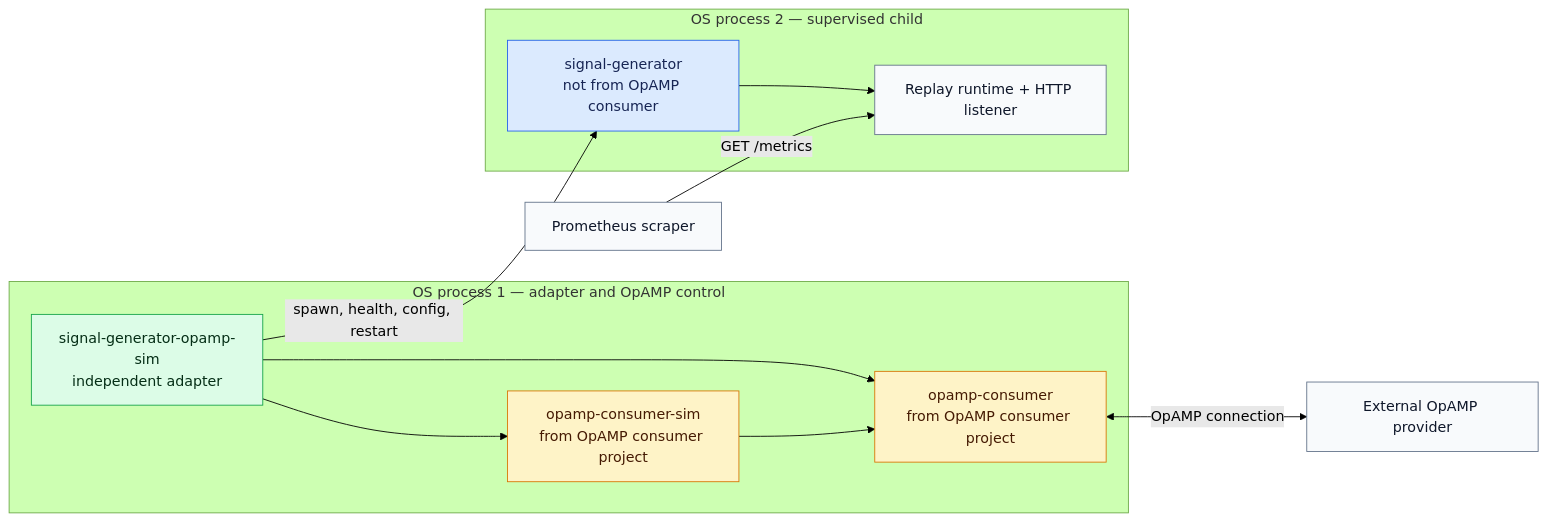
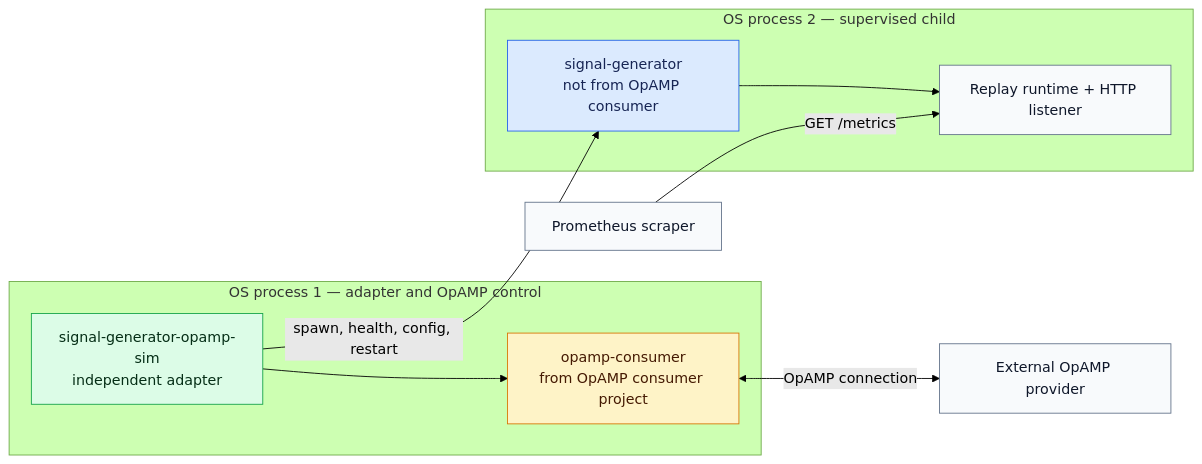
One commit to opamp-observe/SignalGenerator changed the third of 6 diagrams in docs/opamp_integration_design.md. Above: the diagram before and after it, drawn with Mermaid (forest theme). The commit also changed other lines of this file and 26 other files, not shown here.

Commit message:
Introduce a control so that we can suppress the integrated test with the opamp simulator when necessary

````diff
--- a/docs/opamp_integration_design.md
+++ b/docs/opamp_integration_design.md
@@ -131,33 +133,30 @@
 ```mermaid
 flowchart LR
     Provider["External OpAMP provider"]
     Scraper["Prometheus scraper"]
 
     subgraph ControlProcess["OS process 1 — adapter and OpAMP control"]
         Adapter["signal-generator-opamp-sim<br/>independent adapter"]
-        Simulator["opamp-consumer-sim<br/>from OpAMP consumer project"]
         Consumer["opamp-consumer<br/>from OpAMP consumer project"]
-        Adapter --> Simulator
         Adapter --> Consumer
-        Simulator --> Consumer
     end
 
     subgraph SignalProcess["OS process 2 — supervised child"]
         SG["signal-generator<br/>not from OpAMP consumer"]
         Listener["Replay runtime + HTTP listener"]
         SG --> Listener
     end
 
     Consumer <-->|OpAMP connection| Provider
     Adapter -->|spawn, health, config, restart| SG
     Scraper -->|GET /metrics| Listener
 
     classDef signal fill:#dbeafe,stroke:#2563eb,color:#172554
     classDef adapter fill:#dcfce7,stroke:#16a34a,color:#052e16
     classDef opamp fill:#fef3c7,stroke:#d97706,color:#451a03
     classDef runtime fill:#f8fafc,stroke:#64748b,color:#0f172a
     class SG signal
     class Adapter adapter
-    class Consumer,Simulator opamp
+    class Consumer opamp
     class Listener,Provider,Scraper runtime
 ```
````
